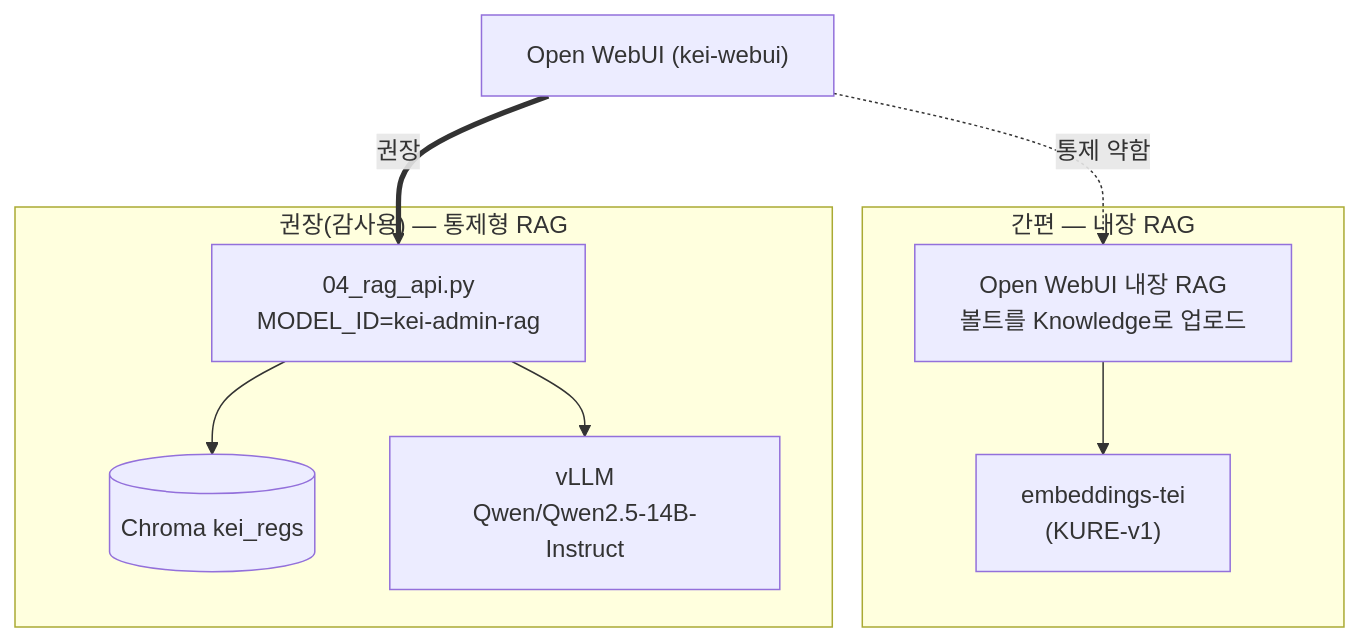
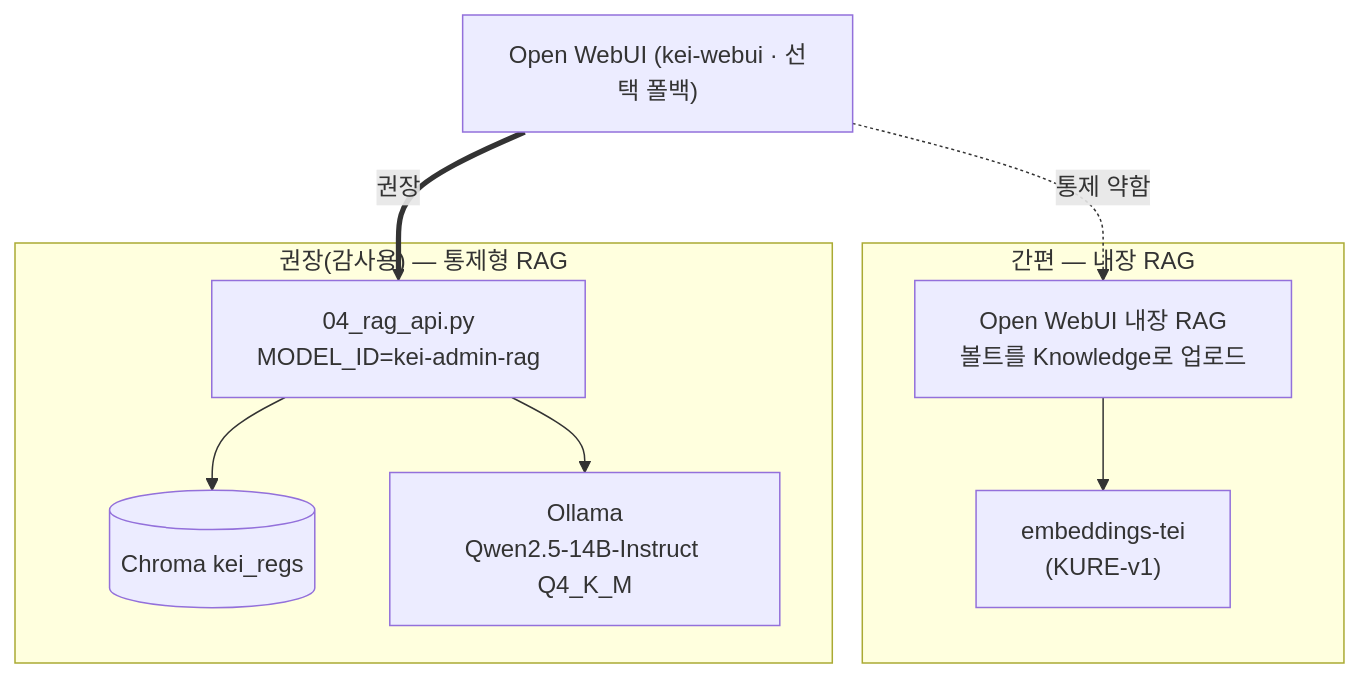
Before and after one commit to mooner92/KEIAdminSuperv: the third of 4 diagrams in docs/06-deployment.md, drawn with Mermaid. The commit also changed other lines of this file and 4 other files, not shown here.

First line of the commit message:
docs: vLLM→Ollama 현실 반영 + 비서 통합·필터·드로어·PM2 배포 정합화

````diff
--- a/docs/06-deployment.md
+++ b/docs/06-deployment.md
@@ -180,21 +234,21 @@
 ```mermaid
 flowchart TB
-    WEBUI["Open WebUI (kei-webui)"]
+    WEBUI["Open WebUI (kei-webui · 선택 폴백)"]
 
     subgraph EASY["간편 — 내장 RAG"]
         IRAG["Open WebUI 내장 RAG<br/>볼트를 Knowledge로 업로드"]
         TEI2["embeddings-tei<br/>(KURE-v1)"]
         IRAG --> TEI2
     end
 
     subgraph CTRL["권장(감사용) — 통제형 RAG"]
         RAG2["04_rag_api.py<br/>MODEL_ID=kei-admin-rag"]
         CH2[("Chroma kei_regs")]
-        VL2["vLLM<br/>Qwen/Qwen2.5-14B-Instruct"]
+        OL2["Ollama<br/>Qwen2.5-14B-Instruct Q4_K_M"]
         RAG2 --> CH2
-        RAG2 --> VL2
+        RAG2 --> OL2
     end
 
     WEBUI -.->|통제 약함| IRAG
     WEBUI ==>|권장| RAG2
 ```
````
